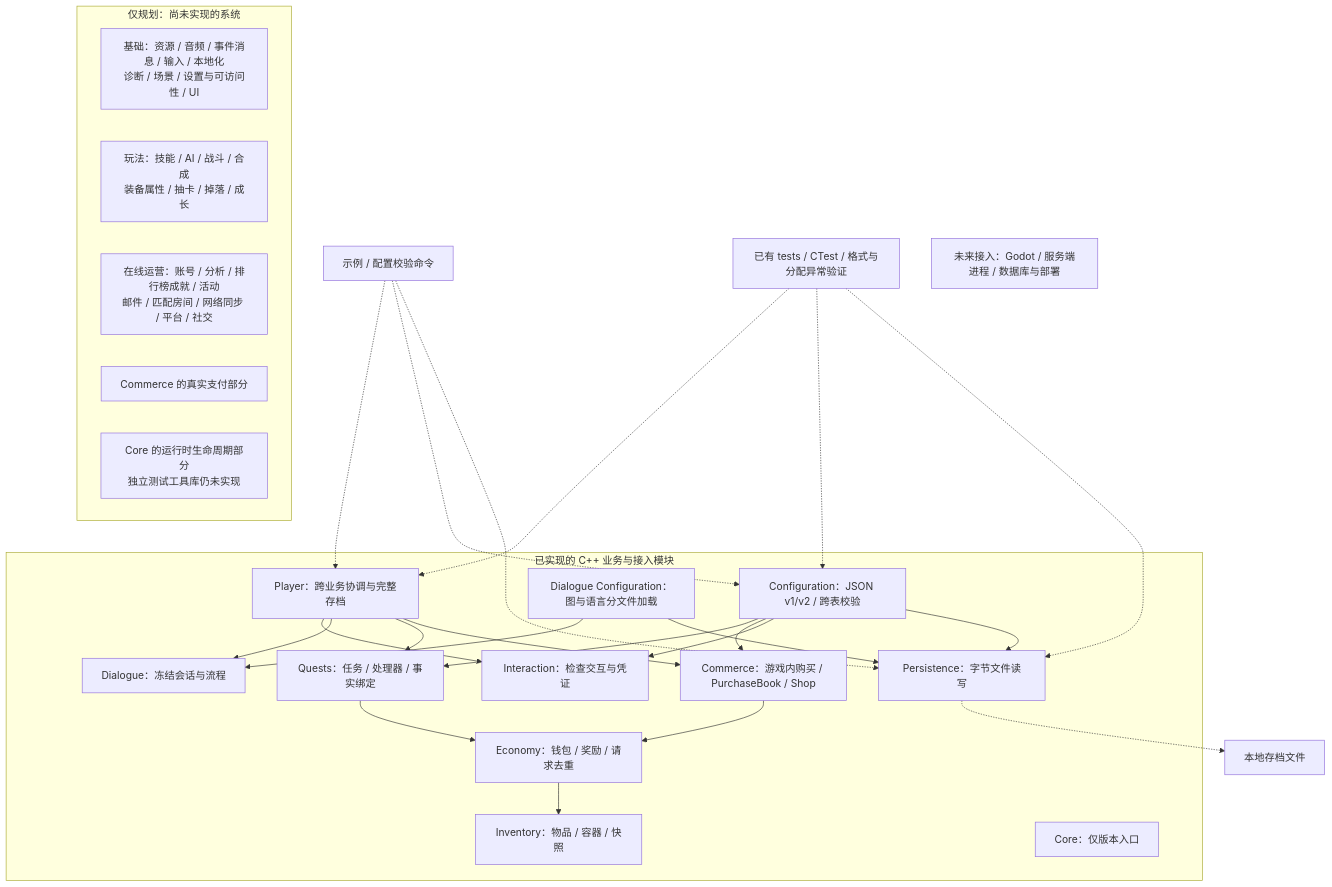
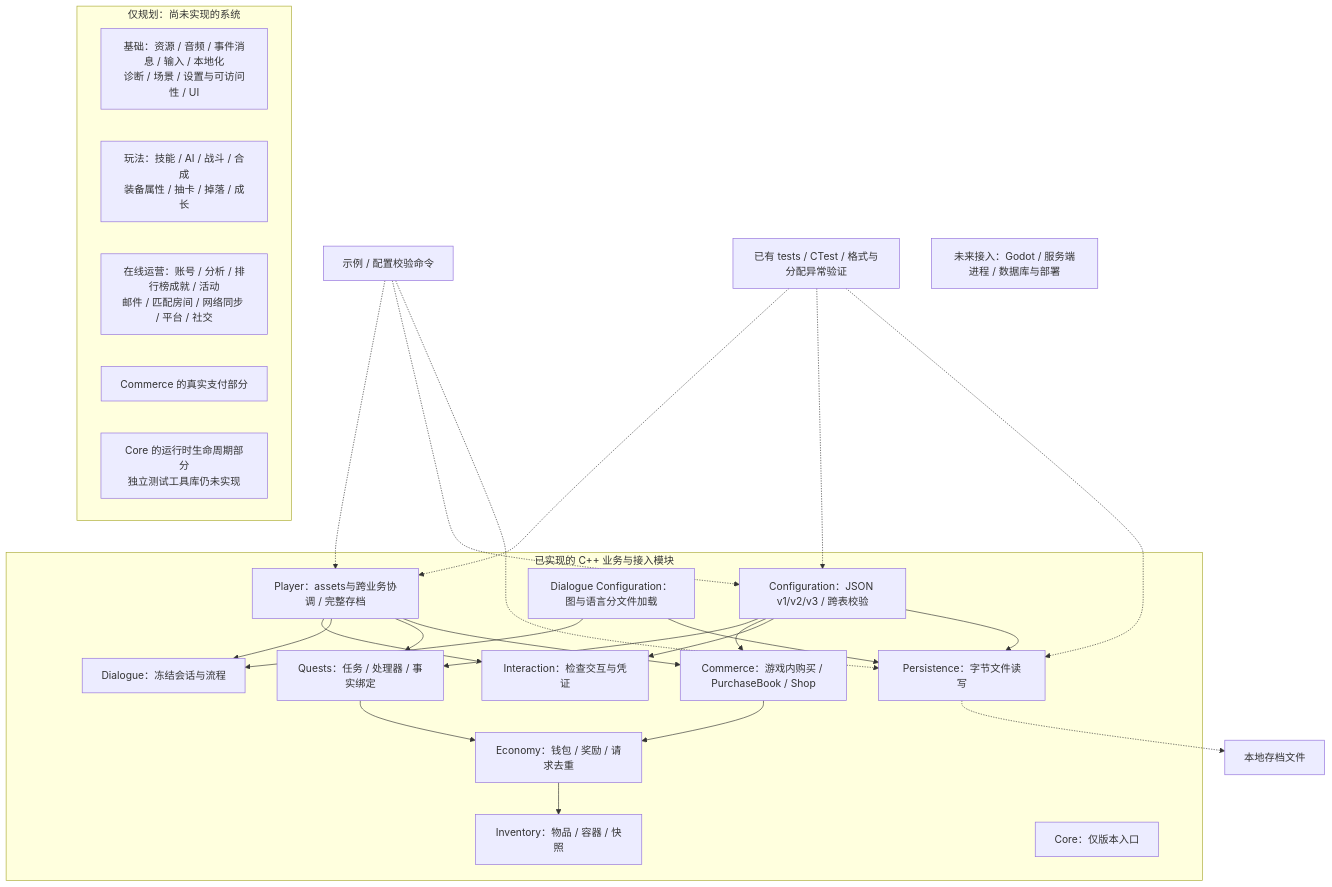
The diagram in docs/architecture-review.md (Cheems-life/game-systems-toolkit), drawn with Mermaid before and after one commit. The commit also changed 2 other files, not shown here.

Commit message:
docs: redraw architecture diagrams for current player state

````diff
--- a/docs/architecture-review.md
+++ b/docs/architecture-review.md
@@ -88,42 +88,42 @@
 ```mermaid
 flowchart TB
     App[示例 / 配置校验命令]
     subgraph Implemented[已实现的 C++ 业务与接入模块]
-        P[Player：跨业务协调与完整存档]
+        P[Player：assets与跨业务协调 / 完整存档]
         Q[Quests：任务 / 处理器 / 事实绑定]
         C[Commerce：游戏内购买 / PurchaseBook / Shop]
         E[Economy：钱包 / 奖励 / 请求去重]
         I[Inventory：物品 / 容器 / 快照]
-        CFG[Configuration：JSON v1/v2 / 跨表校验]
+        CFG[Configuration：JSON v1/v2/v3 / 跨表校验]
         FS[Persistence：字节文件读写]
         Core[Core：仅版本入口]
         P --> IT[Interaction：检查交互与凭证]
         P --> DL[Dialogue：冻结会话与流程]
         P --> Q
         P --> C
         Q --> E
         C --> E
         E --> I
         CFG --> Q
         CFG --> C
         CFG --> IT
         DCFG[Dialogue Configuration：图与语言分文件加载] --> DL
         DCFG --> FS
         CFG --> FS
     end
     App -.-> P
     App -.-> CFG
     App -.-> FS
     FS -.-> Disk[本地存档文件]
     T[已有 tests / CTest / 格式与分配异常验证] -.-> P
     T -.-> CFG
     T -.-> FS
     subgraph Planned[仅规划：尚未实现的系统]
         F[基础：资源 / 音频 / 事件消息 / 输入 / 本地化<br/>诊断 / 场景 / 设置与可访问性 / UI]
         G[玩法：技能 / AI / 战斗 / 合成<br/>装备属性 / 抽卡 / 掉落 / 成长]
         S[在线运营：账号 / 分析 / 排行榜成就 / 活动<br/>邮件 / 匹配房间 / 网络同步 / 平台 / 社交]
         Pay[Commerce 的真实支付部分]
         R[Core 的运行时生命周期部分<br/>独立测试工具库仍未实现]
     end
     Future[未来接入：Godot / 服务端进程 / 数据库与部署]
 ```
````
